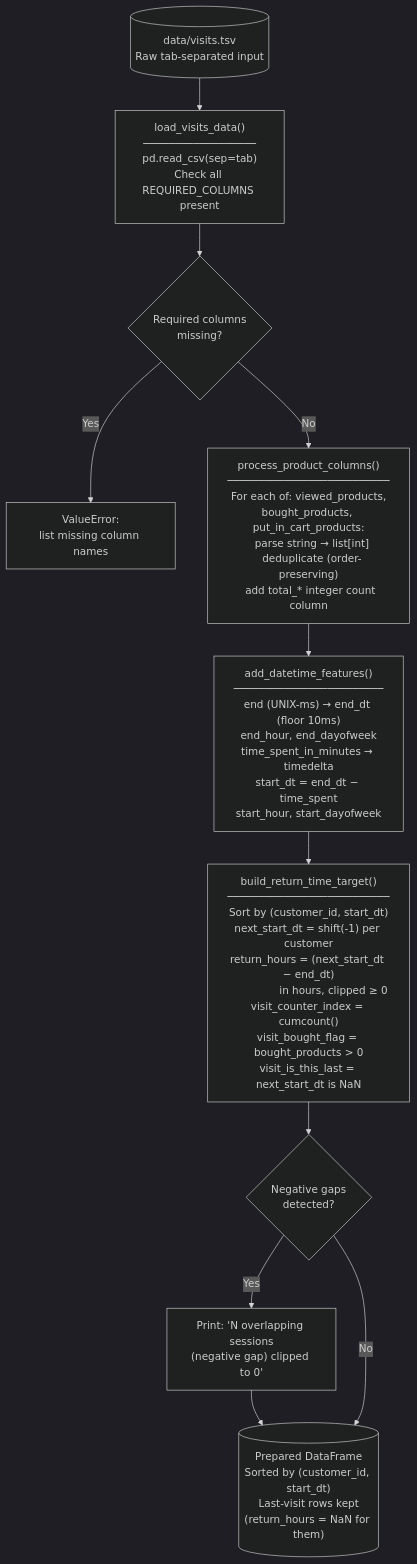
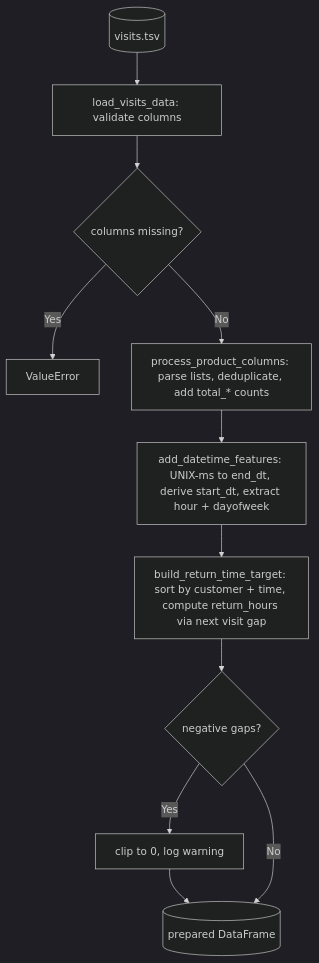
The fifth of 9 diagrams in docs/06_diagrams.md (udit-asopa/data-science-assignment-nosto), drawn with Mermaid (dark theme) before and after one commit. The commit also changed other lines of this file and 1 other file, not shown here.

````diff
--- a/docs/06_diagrams.md
+++ b/docs/06_diagrams.md
@@ -172,19 +121,19 @@
 ```mermaid
 flowchart TD
-    RAW[("data/visits.tsv\nRaw tab-separated input")]
-    VALIDATE["load_visits_data()\n──────────────────\npd.read_csv(sep=tab)\nCheck all REQUIRED_COLUMNS present"]
-    COLCHECK{"Required columns\nmissing?"}
-    COLERR["ValueError:\nlist missing column names"]
-    PARSE["process_product_columns()\n──────────────────────────\nFor each of: viewed_products,\nbought_products, put_in_cart_products:\n  parse string → list[int]\n  deduplicate (order-preserving)\n  add total_* integer count column"]
-    DATETIME["add_datetime_features()\n────────────────────────\nend (UNIX-ms) → end_dt (floor 10ms)\nend_hour, end_dayofweek\ntime_spent_in_minutes → timedelta\nstart_dt = end_dt − time_spent\nstart_hour, start_dayofweek"]
-    TARGET["build_return_time_target()\n──────────────────────────\nSort by (customer_id, start_dt)\nnext_start_dt = shift(-1) per customer\nreturn_hours = (next_start_dt − end_dt)\n               in hours, clipped ≥ 0\nvisit_counter_index = cumcount()\nvisit_bought_flag = bought_products > 0\nvisit_is_this_last = next_start_dt is NaN"]
-    NEGQ{"Negative gaps\ndetected?"}
-    NEGWARN["Print: 'N overlapping sessions\n(negative gap) clipped to 0'"]
-    OUT[("Prepared DataFrame\nSorted by (customer_id, start_dt)\nLast-visit rows kept\n(return_hours = NaN for them)")]
+    RAW[("visits.tsv")]
+    VAL["load_visits_data: validate columns"]
+    COLQ{columns missing?}
+    ERR["ValueError"]
+    PARSE["process_product_columns: parse lists, deduplicate, add total_* counts"]
+    DT["add_datetime_features: UNIX-ms to end_dt, derive start_dt, extract hour + dayofweek"]
+    TARGET["build_return_time_target: sort by customer + time, compute return_hours via next visit gap"]
+    NEGQ{negative gaps?}
+    CLIP["clip to 0, log warning"]
+    OUT[("prepared DataFrame")]
 
-    RAW --> VALIDATE --> COLCHECK
-    COLCHECK -->|Yes| COLERR
-    COLCHECK -->|No| PARSE --> DATETIME --> TARGET --> NEGQ
-    NEGQ -->|Yes| NEGWARN --> OUT
+    RAW --> VAL --> COLQ
+    COLQ -->|Yes| ERR
+    COLQ -->|No| PARSE --> DT --> TARGET --> NEGQ
+    NEGQ -->|Yes| CLIP --> OUT
     NEGQ -->|No| OUT
 ```
````
